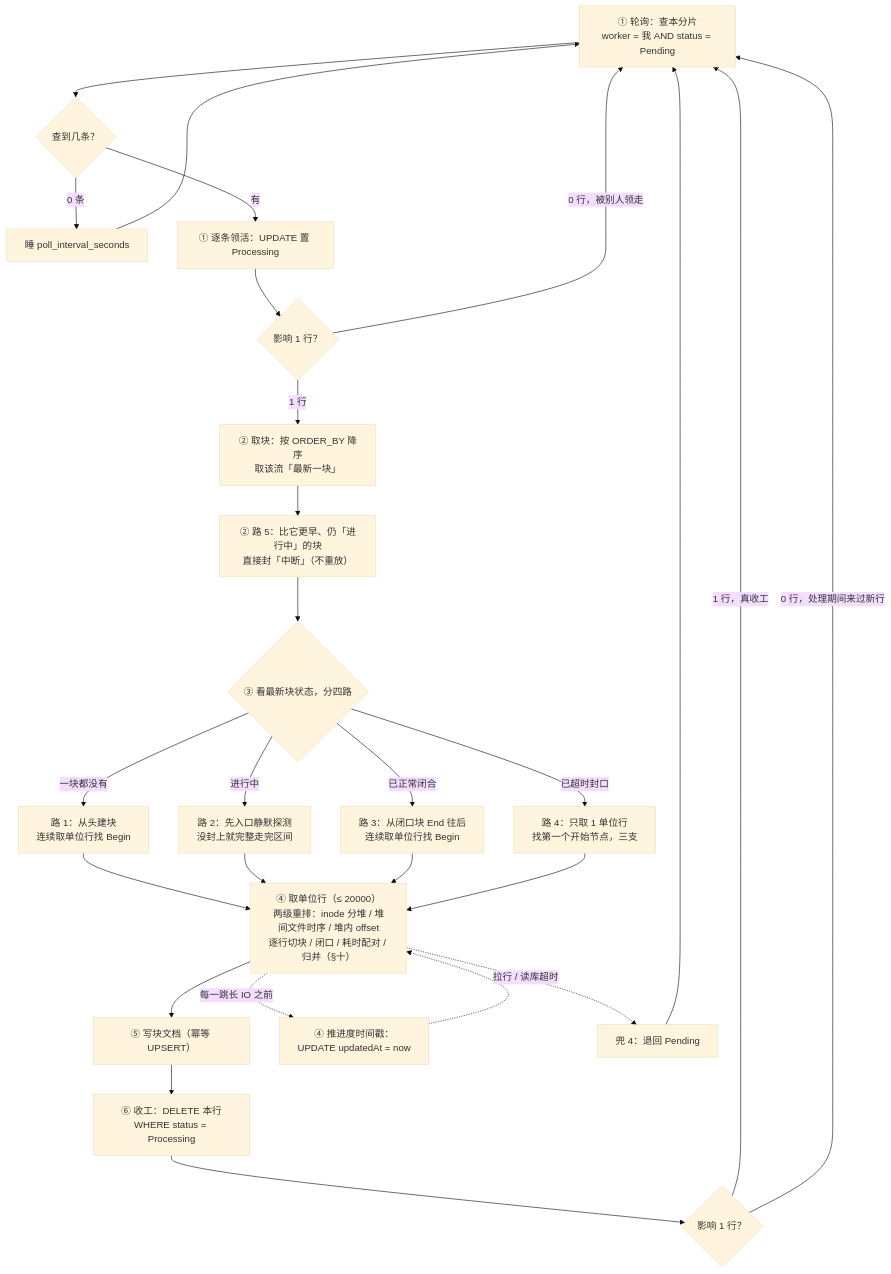
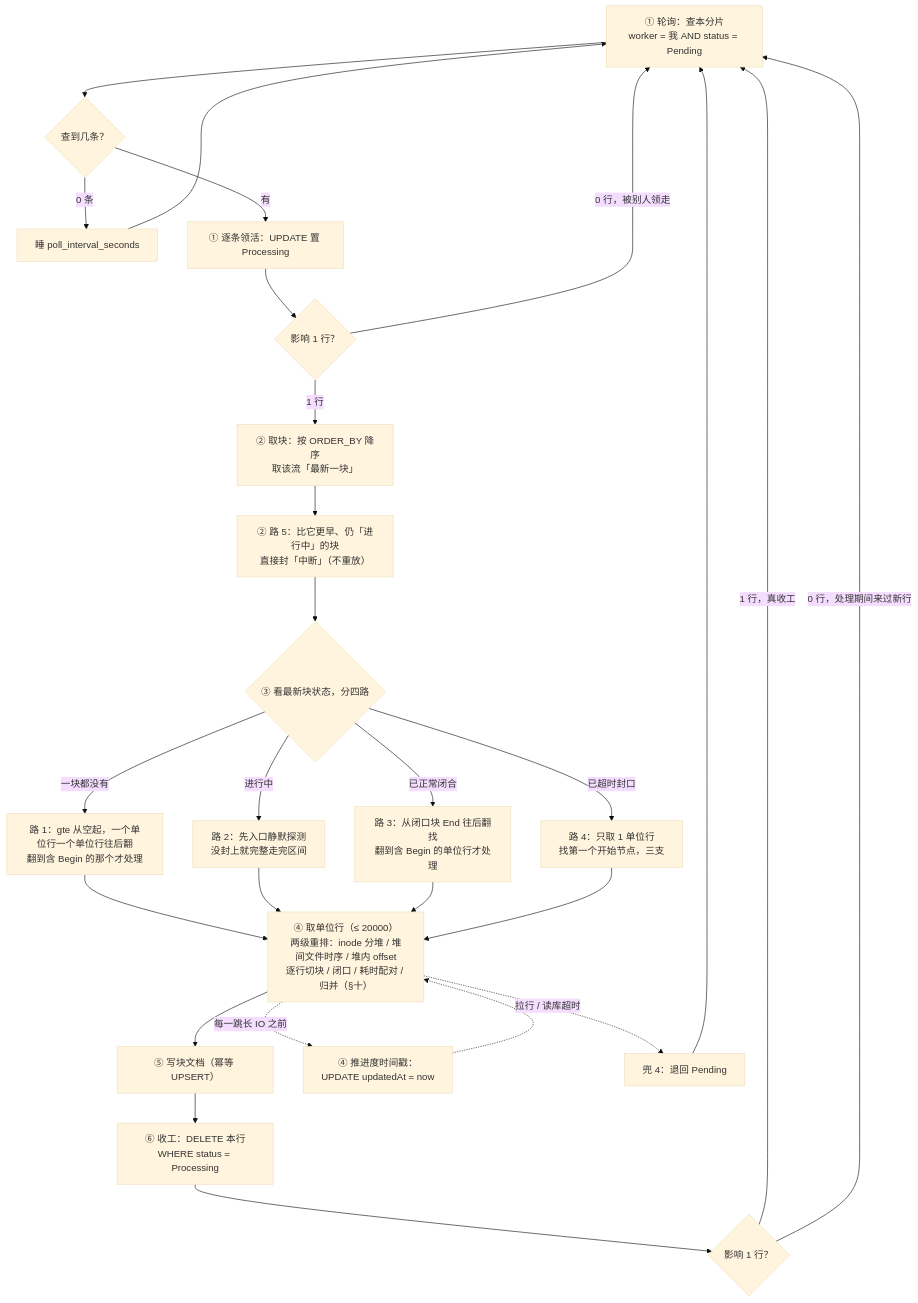
Before and after one commit to Jianming-Xue/fab-viewer-docs: the fourth of 5 diagrams in docs/06-派生服务工程实现.md, drawn with Mermaid (base theme). The commit also changed other lines of this file and 2 other files, not shown here.

````diff
--- a/docs/06-派生服务工程实现.md
+++ b/docs/06-派生服务工程实现.md
@@ -518,29 +520,29 @@
 ```mermaid
 flowchart TD
     W0["① 轮询：查本分片<br/>worker = 我 AND status = Pending"] --> W1{"查到几条？"}
     W1 -->|0 条| W8["睡 poll_interval_seconds"]
     W8 --> W0
     W1 -->|有| W2["① 逐条领活：UPDATE 置 Processing"]
     W2 --> W3{"影响 1 行？"}
     W3 -->|0 行，被别人领走| W0
     W3 -->|1 行| W4["② 取块：按 ORDER_BY 降序<br/>取该流「最新一块」"]
     W4 --> W5["② 路 5：比它更早、仍「进行中」的块<br/>直接封「中断」（不重放）"]
     W5 --> W6{"③ 看最新块状态，分四路"}
-    W6 -->|"一块都没有"| P1["路 1：从头建块<br/>连续取单位行找 Begin"]
+    W6 -->|"一块都没有"| P1["路 1：gte 从空起，一个单位行一个单位行往后翻<br/>翻到含 Begin 的那个才处理"]
     W6 -->|"进行中"| P2["路 2：先入口静默探测<br/>没封上就完整走完区间"]
-    W6 -->|"已正常闭合"| P3["路 3：从闭口块 End 往后<br/>连续取单位行找 Begin"]
+    W6 -->|"已正常闭合"| P3["路 3：从闭口块 End 往后翻找<br/>翻到含 Begin 的单位行才处理"]
     W6 -->|"已超时封口"| P4["路 4：只取 1 单位行<br/>找第一个开始节点，三支"]
     P1 --> W7["④ 取单位行（≤ 20000）<br/>两级重排：inode 分堆 / 堆间文件时序 / 堆内 offset<br/>逐行切块 / 闭口 / 耗时配对 / 归并（§十）"]
     P2 --> W7
     P3 --> W7
     P4 --> W7
     W7 --> W9["⑤ 写块文档（幂等 UPSERT）"]
     W9 --> W11["⑥ 收工：DELETE 本行<br/>WHERE status = Processing"]
     W7 -.->|每一跳长 IO 之前| W14["④ 推进度时间戳：<br/>UPDATE updatedAt = now"]
     W14 -.-> W7
     W11 --> W12{"影响 1 行？"}
     W12 -->|1 行，真收工| W0
     W12 -->|0 行，处理期间来过新行| W0
     W7 -.->|拉行 / 读库超时| W13["兜 4：退回 Pending"]
     W13 --> W0
 ```
````
